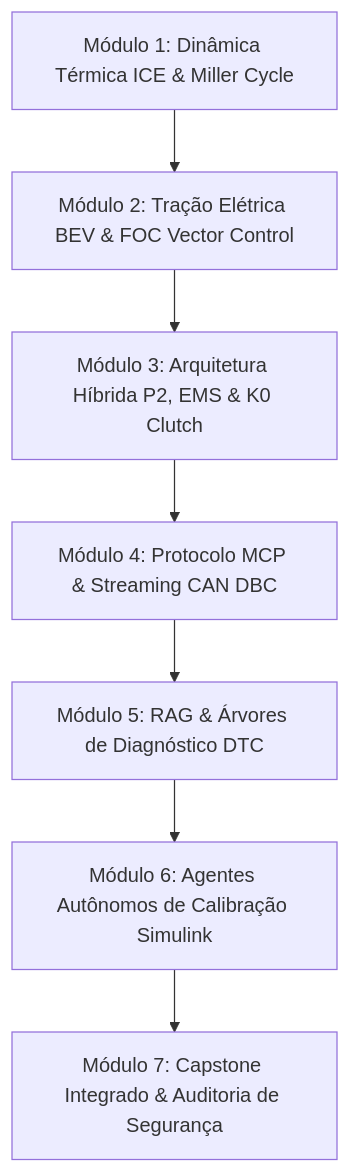
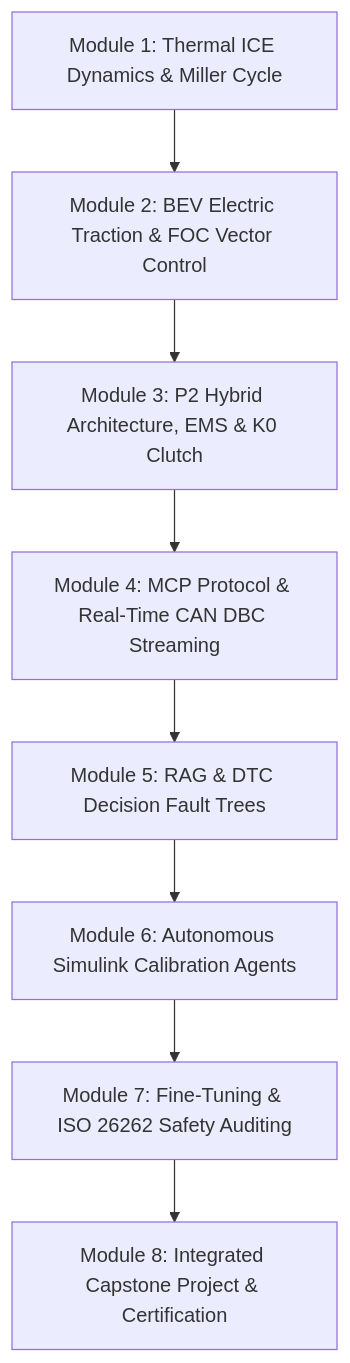
Before and after one commit to marleyrosa/MarleyOS: the diagram in docs/index.md, drawn with Mermaid. The commit also changed other lines of this file and 7 other files, not shown here.

````diff
--- a/docs/index.md
+++ b/docs/index.md
@@ -28,9 +28,10 @@
 ```mermaid
 graph TD
-    A[Módulo 1: Dinâmica Térmica ICE & Miller Cycle] --> B[Módulo 2: Tração Elétrica BEV & FOC Vector Control]
-    B --> C[Módulo 3: Arquitetura Híbrida P2, EMS & K0 Clutch]
-    C --> D[Módulo 4: Protocolo MCP & Streaming CAN DBC]
-    D --> E[Módulo 5: RAG & Árvores de Diagnóstico DTC]
-    E --> F[Módulo 6: Agentes Autônomos de Calibração Simulink]
-    F --> G[Módulo 7: Capstone Integrado & Auditoria de Segurança]
+    A[Module 1: Thermal ICE Dynamics & Miller Cycle] --> B[Module 2: BEV Electric Traction & FOC Vector Control]
+    B --> C[Module 3: P2 Hybrid Architecture, EMS & K0 Clutch]
+    C --> D[Module 4: MCP Protocol & Real-Time CAN DBC Streaming]
+    D --> E[Module 5: RAG & DTC Decision Fault Trees]
+    E --> F[Module 6: Autonomous Simulink Calibration Agents]
+    F --> G[Module 7: Fine-Tuning & ISO 26262 Safety Auditing]
+    G --> H[Module 8: Integrated Capstone Project & Certification]
 ```
````
